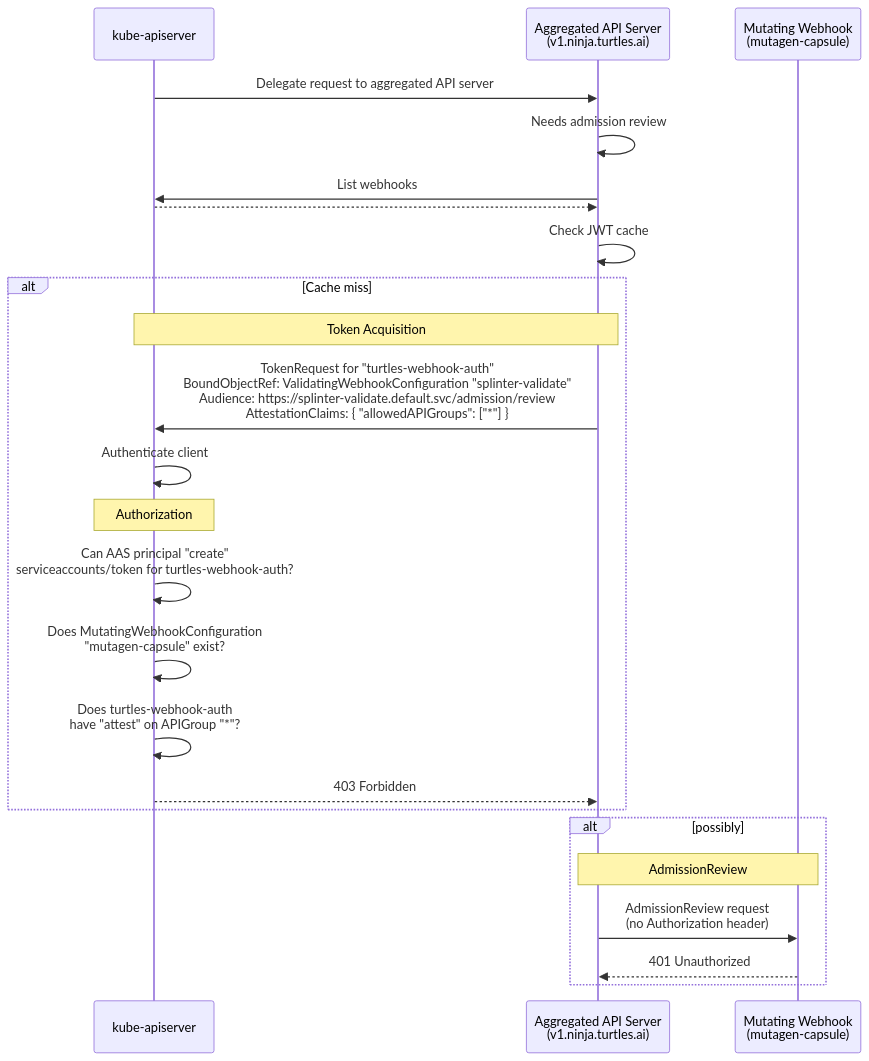
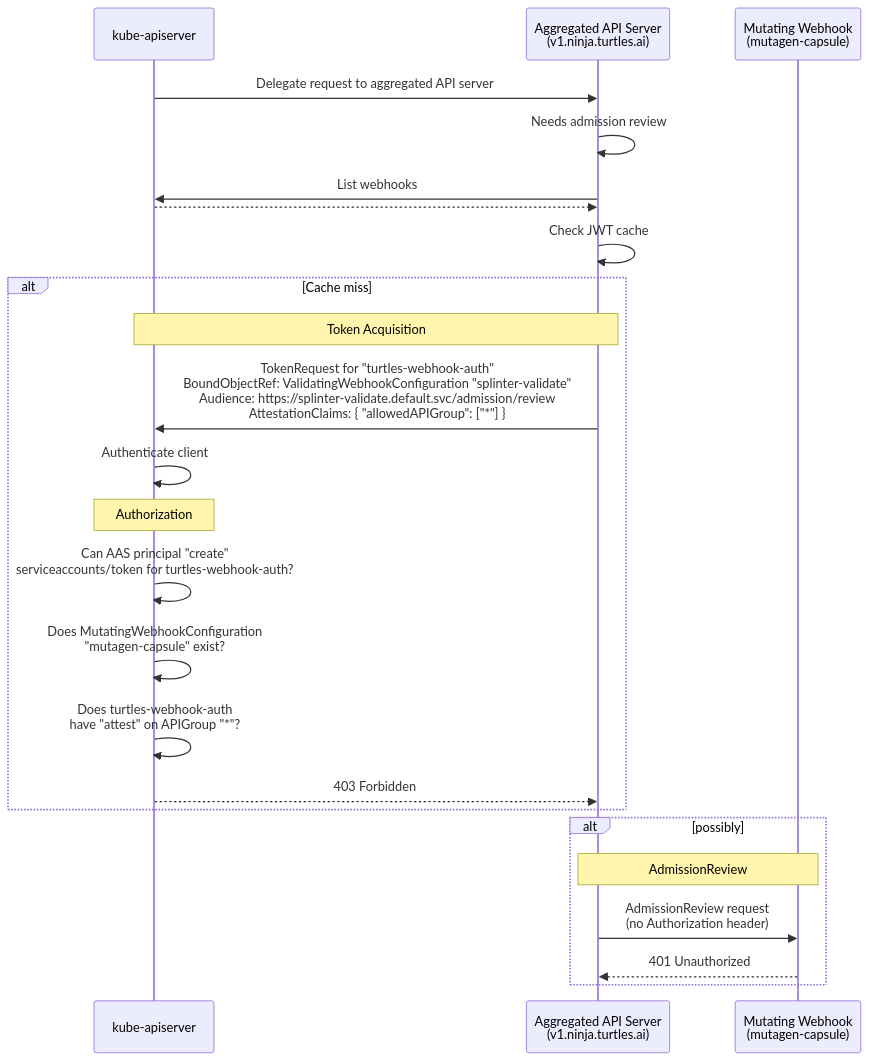
One commit to pmengelbert/enhancements changed the second of 3 diagrams in keps/sig-auth/6060-api-server-authentication-to-webhooks/README.md. Above: the diagram before and after it, drawn with Mermaid. The commit also changed other lines of this file, not shown here.

````diff
--- a/keps/sig-auth/6060-api-server-authentication-to-webhooks/README.md
+++ b/keps/sig-auth/6060-api-server-authentication-to-webhooks/README.md
@@ -398,31 +405,31 @@
 ```mermaid
 sequenceDiagram
     participant KAS as kube-apiserver
     participant AAS as Aggregated API Server<br/>(v1.ninja.turtles.ai)
     participant Webhook as Mutating Webhook<br/>(mutagen-capsule)
 
     KAS->>AAS: Delegate request to aggregated API server
     AAS->>AAS: Needs admission review
     AAS->>KAS: List webhooks
     KAS-->>AAS: #%20;
 
     AAS->>AAS: Check JWT cache
     alt Cache miss
         Note over KAS,AAS: Token Acquisition
-        AAS->>KAS: TokenRequest for "turtles-webhook-auth"<br/>BoundObjectRef: ValidatingWebhookConfiguration "splinter-validate"<br/>Audience: https://splinter-validate.default.svc/admission/review<br/>AttestationClaims: { "allowedAPIGroups": ["*"] }
+        AAS->>KAS: TokenRequest for "turtles-webhook-auth"<br/>BoundObjectRef: ValidatingWebhookConfiguration "splinter-validate"<br/>Audience: https://splinter-validate.default.svc/admission/review<br/>AttestationClaims: { "allowedAPIGroup": ["*"] }
 
         KAS->>KAS: Authenticate client
         Note over KAS: Authorization
         KAS->>KAS: Can AAS principal "create"<br/>serviceaccounts/token for turtles-webhook-auth?
         KAS->>KAS: Does MutatingWebhookConfiguration<br/>"mutagen-capsule" exist?
         KAS->>KAS: Does turtles-webhook-auth<br/>have "attest" on APIGroup "*"?
 
         KAS-->>AAS: 403 Forbidden
     end
 
     alt possibly
         Note over AAS,Webhook: AdmissionReview
         AAS->>Webhook: AdmissionReview request<br/>(no Authorization header)
         Webhook-->>AAS: 401 Unauthorized
     end
 ```
````
